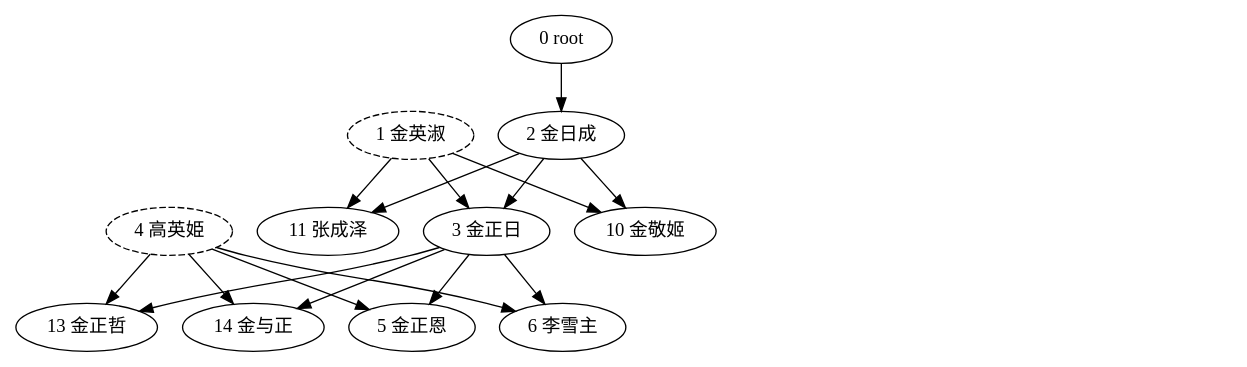
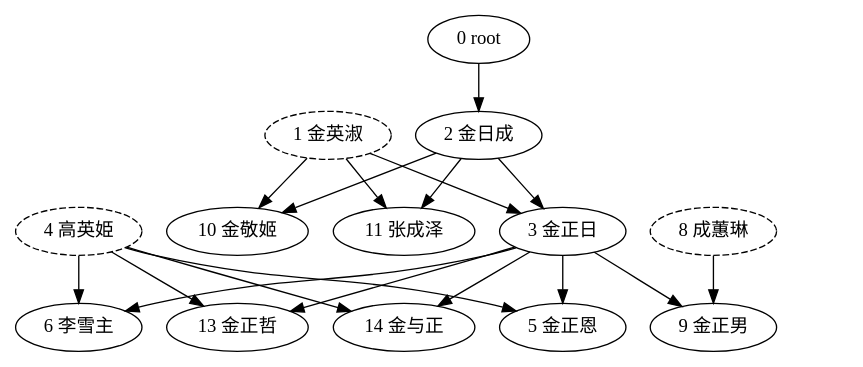
One commit to MrFive5555/zokufu changed the diagram in dot/ntr.dot. Above: the diagram before and after it, drawn with Graphviz. The commit also changed 17 other files, not shown here.

```diff
--- a/dot/ntr.dot
+++ b/dot/ntr.dot
@@ -1,32 +1,34 @@
 digraph G {
 0[label="0 root",style=solid];
 1[label="1 金英淑",style=dashed];
 2[label="2 金日成",style=solid];
 3[label="3 金正日",style=solid];
 4[label="4 高英姫",style=dashed];
 5[label="5 金正恩",style=solid];
 6[label="6 李雪主",style=solid];
 7[label="7 金主爱",style=invis];
-8[label="8 成蕙琳",style=invis];
-9[label="9 金正男",style=invis];
+8[label="8 成蕙琳",style=dashed];
+9[label="9 金正男",style=solid];
 10[label="10 金敬姬",style=solid];
 11[label="11 张成泽",style=solid];
 12[label="12 金雪松",style=invis];
 13[label="13 金正哲",style=solid];
 14[label="14 金与正",style=solid];
 0->2 ;
 2->3 ;
 2->10 ;
 2->11 ;
 3->13 ;
 3->5 ;
 3->6 ;
 3->14 ;
+3->9 ;
 1->3 ;
 1->10 ;
 1->11 ;
 4->13 ;
 4->5 ;
 4->6 ;
 4->14 ;
+8->9 ;
 }
```
